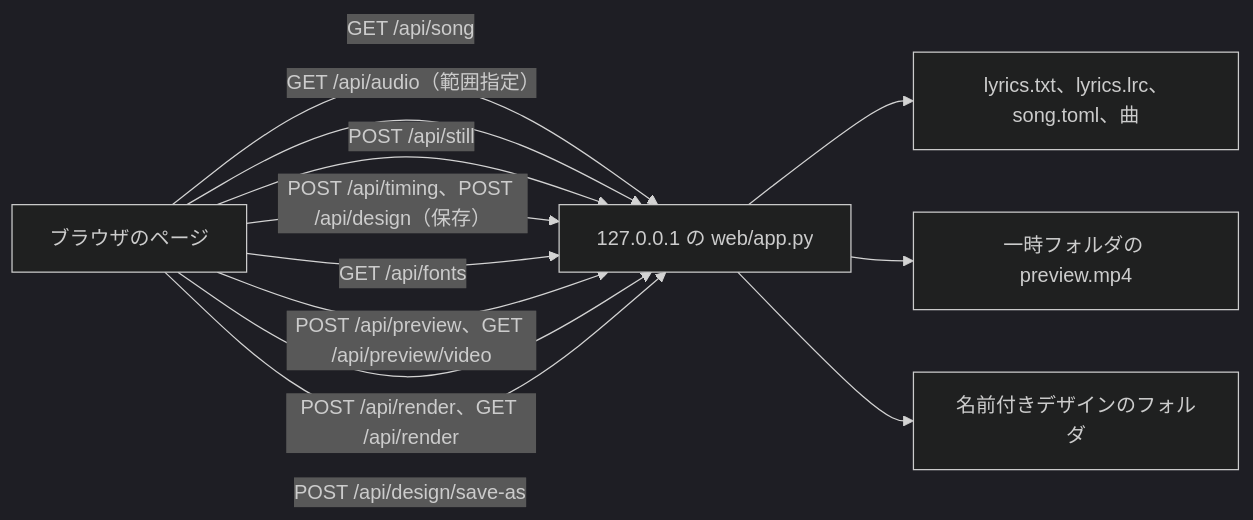
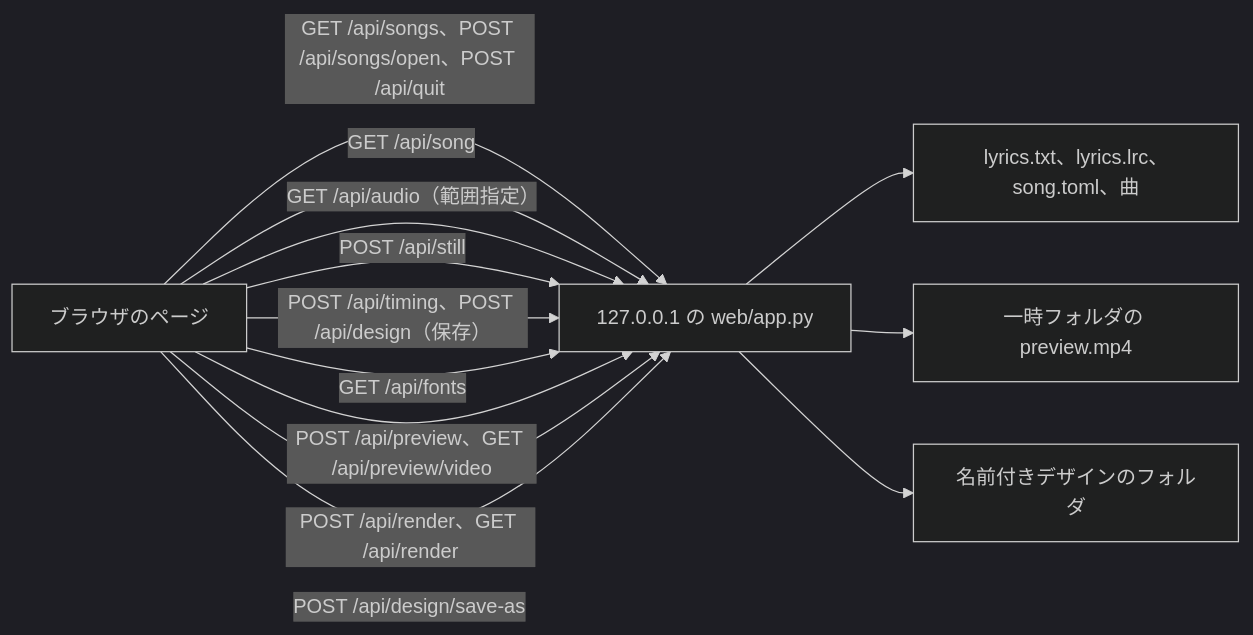
Before and after one commit to musica-sanare/lyrics-video-app: the third of 3 diagrams in docs/ja/ARCHITECTURE.md, drawn with Mermaid (dark theme). The commit also changed other lines of this file and 19 other files, not shown here.

````diff
--- a/docs/ja/ARCHITECTURE.md
+++ b/docs/ja/ARCHITECTURE.md
@@ -103,17 +103,18 @@
 ```mermaid
 flowchart LR
   page["ブラウザのページ"]
   server["127.0.0.1 の web/app.py"]
   files["lyrics.txt、lyrics.lrc、song.toml、曲"]
+  page -->|"GET /api/songs、POST /api/songs/open、POST /api/quit"| server
   page -->|"GET /api/song"| server
   page -->|"GET /api/audio（範囲指定）"| server
   page -->|"POST /api/still"| server
   page -->|"POST /api/timing、POST /api/design（保存）"| server
   page -->|"GET /api/fonts"| server
   page -->|"POST /api/preview、GET /api/preview/video"| server
   page -->|"POST /api/render、GET /api/render"| server
   server --> files
   server --> temp["一時フォルダの preview.mp4"]
   page -->|"POST /api/design/save-as"| server
   server --> designs["名前付きデザインのフォルダ"]
 ```
````
